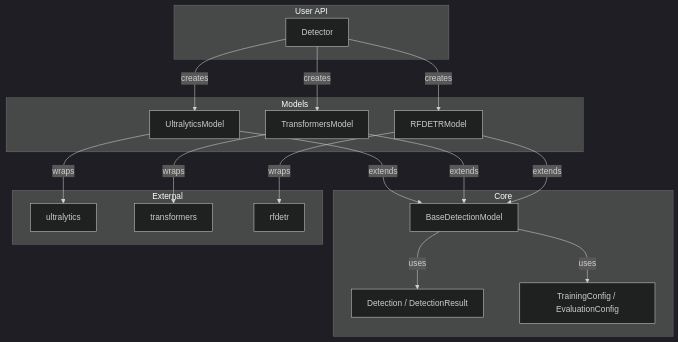
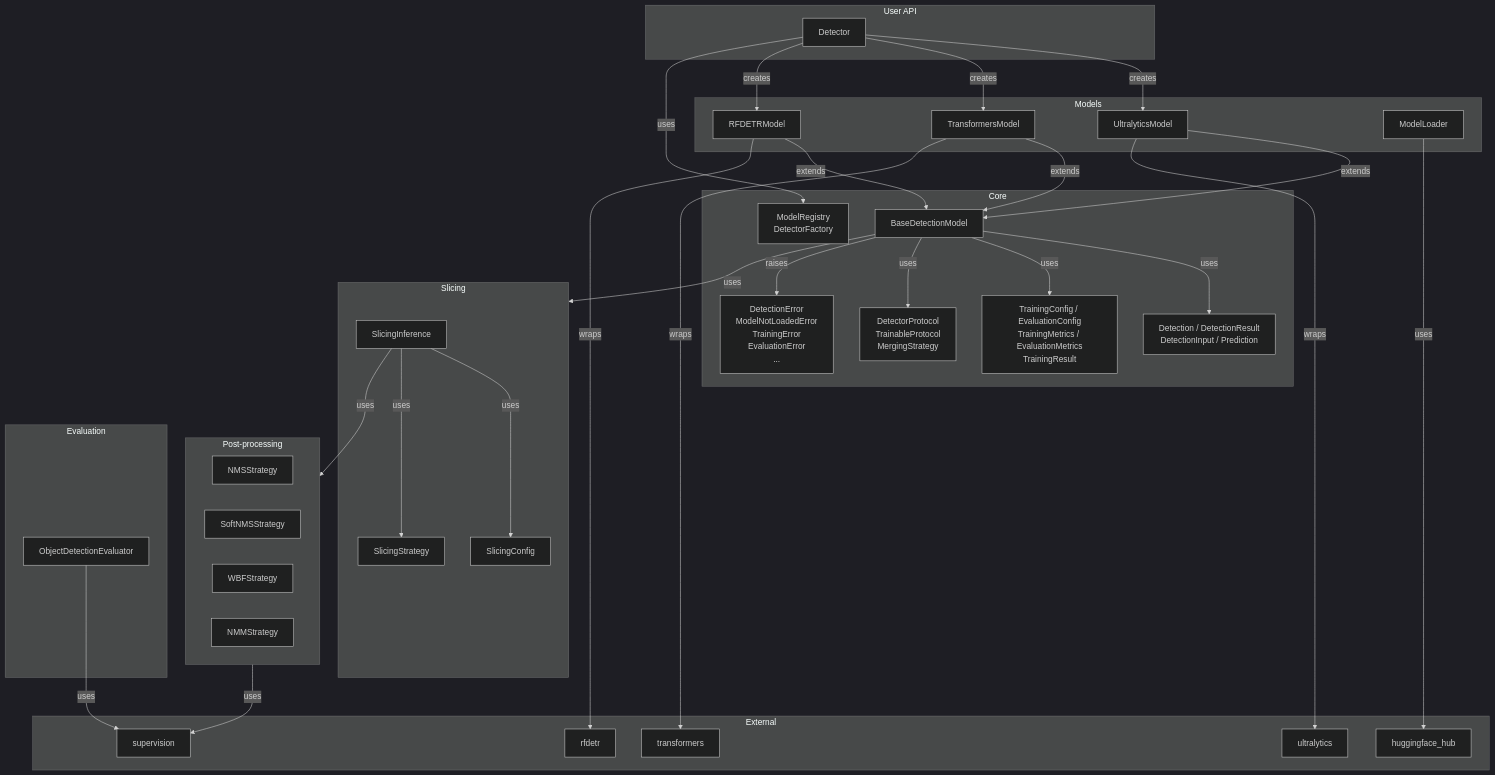
One commit to Black-Bee-Drones/nectar-sdk changed the first of 5 diagrams in nectar/nectar/ai/detection/README.md. Above: the diagram before and after it, drawn with Mermaid (dark theme). The commit also changed other lines of this file and 4 other files, not shown here.

Commit message:
docs: adjsutments in diagrams and docs

````diff
--- a/nectar/nectar/ai/detection/README.md
+++ b/nectar/nectar/ai/detection/README.md
@@ -7,39 +7,74 @@
 ```mermaid
 flowchart TB
     subgraph API["User API"]
         Detector["Detector"]
     end
 
     subgraph Core["Core"]
         BDM["BaseDetectionModel"]
-        Types["Detection / DetectionResult"]
-        Configs["TrainingConfig / EvaluationConfig"]
+        Types["Detection / DetectionResult<br/>DetectionInput / Prediction"]
+        Configs["TrainingConfig / EvaluationConfig<br/>TrainingMetrics / EvaluationMetrics<br/>TrainingResult"]
+        Protocols["DetectorProtocol<br/>TrainableProtocol<br/>MergingStrategy"]
+        Registry["ModelRegistry<br/>DetectorFactory"]
+        Exceptions["DetectionError<br/>ModelNotLoadedError<br/>TrainingError<br/>EvaluationError<br/>..."]
     end
 
     subgraph Models["Models"]
         UM["UltralyticsModel"]
         TM["TransformersModel"]
         RM["RFDETRModel"]
+        ML["ModelLoader"]
+    end
+
+    subgraph Slicing["Slicing"]
+        SI["SlicingInference"]
+        SC["SlicingConfig"]
+        SS["SlicingStrategy"]
+    end
+
+    subgraph PostProcess["Post-processing"]
+        NMS["NMSStrategy"]
+        SoftNMS["SoftNMSStrategy"]
+        WBF["WBFStrategy"]
+        NMM["NMMStrategy"]
+    end
+
+    subgraph Evaluation["Evaluation"]
+        ODE["ObjectDetectionEvaluator"]
     end
 
     subgraph External["External"]
         YOLO["ultralytics"]
         HF["transformers"]
         RF["rfdetr"]
+        SV["supervision"]
+        HFH["huggingface_hub"]
     end
 
     Detector -->|creates| UM
     Detector -->|creates| TM
     Detector -->|creates| RM
+    Detector -->|uses| Registry
 
     UM -->|extends| BDM
     TM -->|extends| BDM
     RM -->|extends| BDM
 
     BDM -->|uses| Types
     BDM -->|uses| Configs
+    BDM -->|uses| Protocols
+    BDM -->|uses| Slicing
+    BDM -->|raises| Exceptions
+
+    SI -->|uses| SC
+    SI -->|uses| SS
+    SI -->|uses| PostProcess
 
     UM -->|wraps| YOLO
     TM -->|wraps| HF
     RM -->|wraps| RF
+
+    ODE -->|uses| SV
+    PostProcess -->|uses| SV
+    ML -->|uses| HFH
 ```
````
